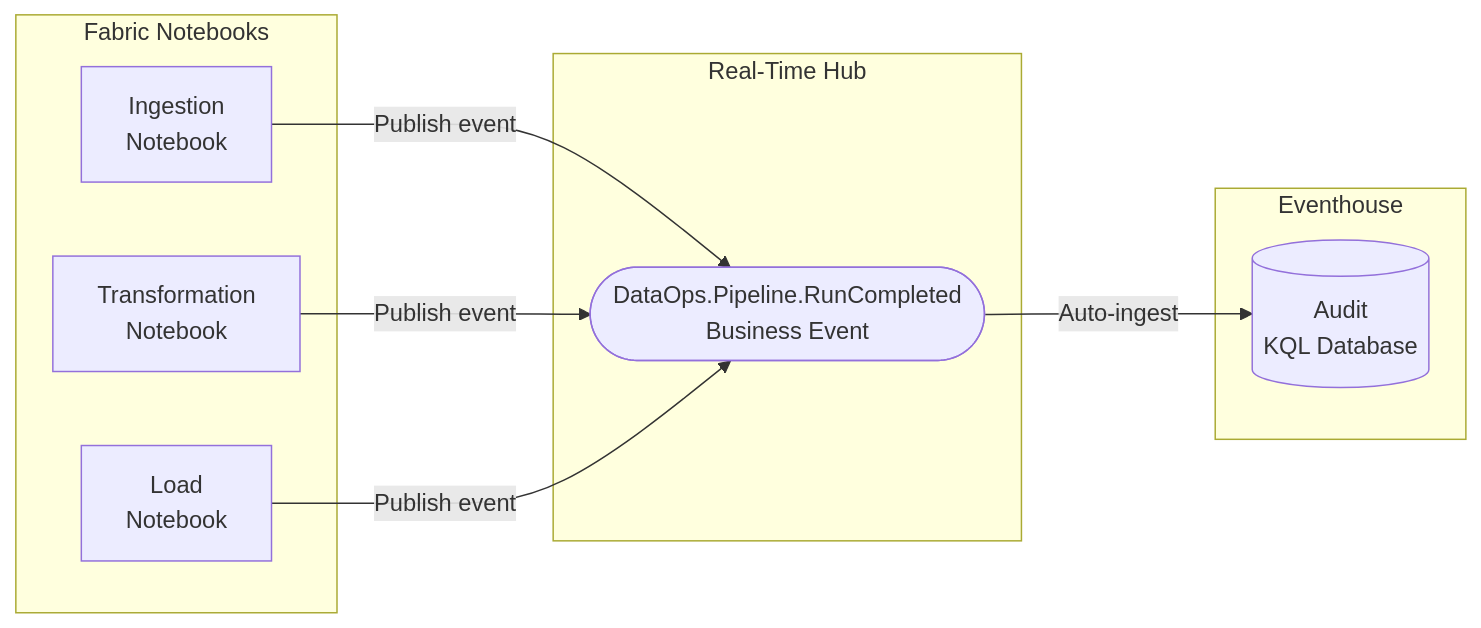
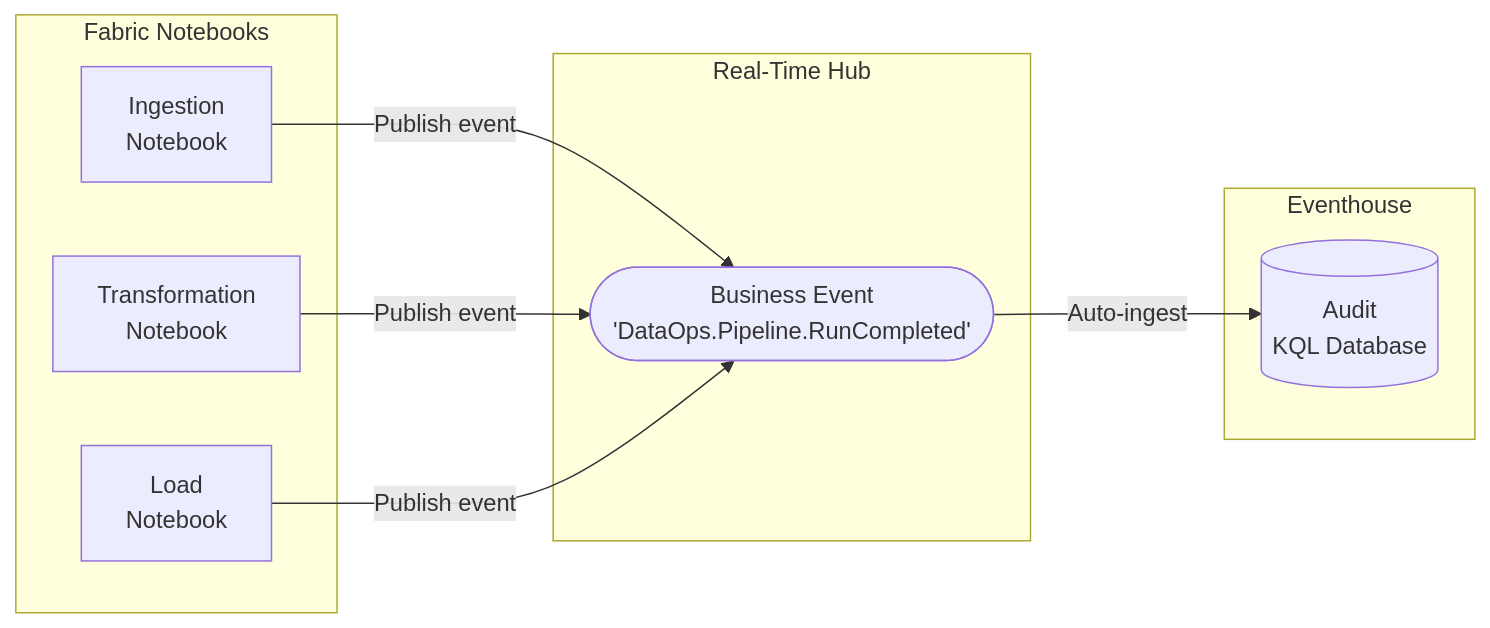
The first of 2 diagrams in docs/business-events/scenarios/scenario-04-pipeline-audit/README.md (microsoft/fabric-events), drawn with Mermaid before and after one commit. The commit also changed other lines of this file and 9 other files, not shown here.

First line of the commit message:
Standardize Business Event diagram nodes across all articles

````diff
--- a/docs/business-events/scenarios/scenario-04-pipeline-audit/README.md
+++ b/docs/business-events/scenarios/scenario-04-pipeline-audit/README.md
@@ -19,21 +19,21 @@
 ```mermaid
 flowchart LR
     subgraph Fabric Notebooks
         NB1[Ingestion\nNotebook]
         NB2[Transformation\nNotebook]
         NB3[Load\nNotebook]
     end
 
     subgraph Real-Time Hub
-        BE([DataOps.Pipeline.RunCompleted\nBusiness Event])
+        BE([Business Event\n'DataOps.Pipeline.RunCompleted'])
     end
 
     subgraph Eventhouse
         EH[(Audit\nKQL Database)]
     end
 
     NB1 -->|Publish event| BE
     NB2 -->|Publish event| BE
     NB3 -->|Publish event| BE
     BE -->|Auto-ingest| EH
 ```
````
